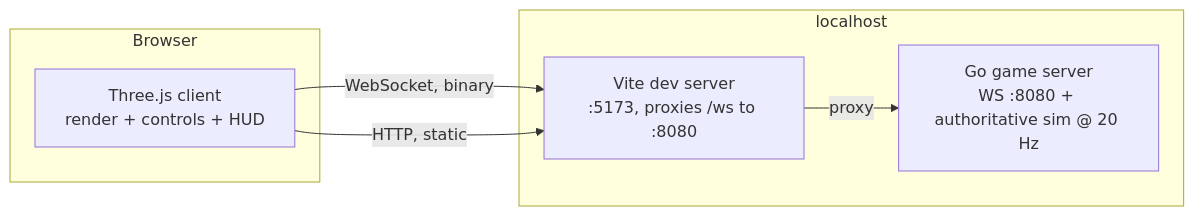
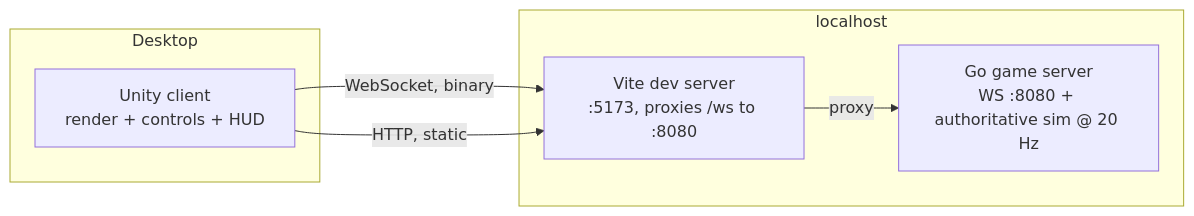
One commit to stevenholder/space_adventure changed the diagram in docs/ARCHITECTURE.md. Above: the diagram before and after it, drawn with Mermaid. The commit also changed other lines of this file and 4 other files, not shown here.

First line of the commit message:
docs: insert Phase 3.5 (Unity client rebuild), fix deploy drift, prune records

````diff
--- a/docs/ARCHITECTURE.md
+++ b/docs/ARCHITECTURE.md
@@ -8,13 +8,13 @@
 ```mermaid
 flowchart LR
-  subgraph Browser
-    C[Three.js client<br/>render + controls + HUD]
+  subgraph Desktop
+    C[Unity client<br/>render + controls + HUD]
   end
   subgraph localhost
     S[Go game server<br/>WS :8080 + authoritative sim @ 20 Hz]
     V[Vite dev server<br/>:5173, proxies /ws to :8080]
   end
   C -- WebSocket, binary --> V
   V -- proxy --> S
   C -- HTTP, static --> V
 ```
````
